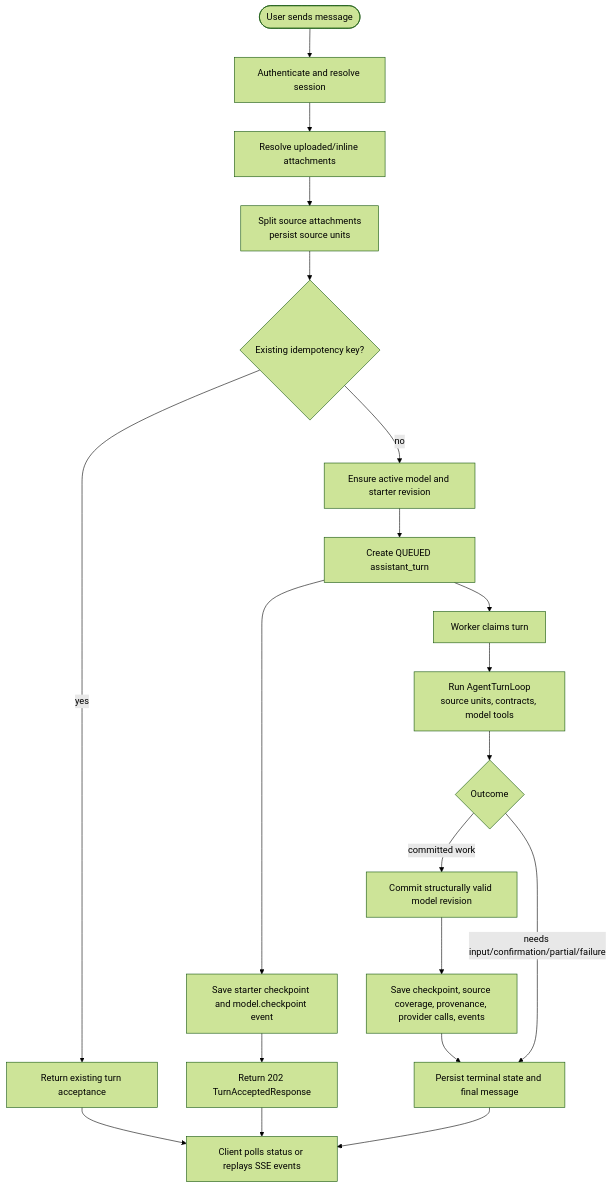
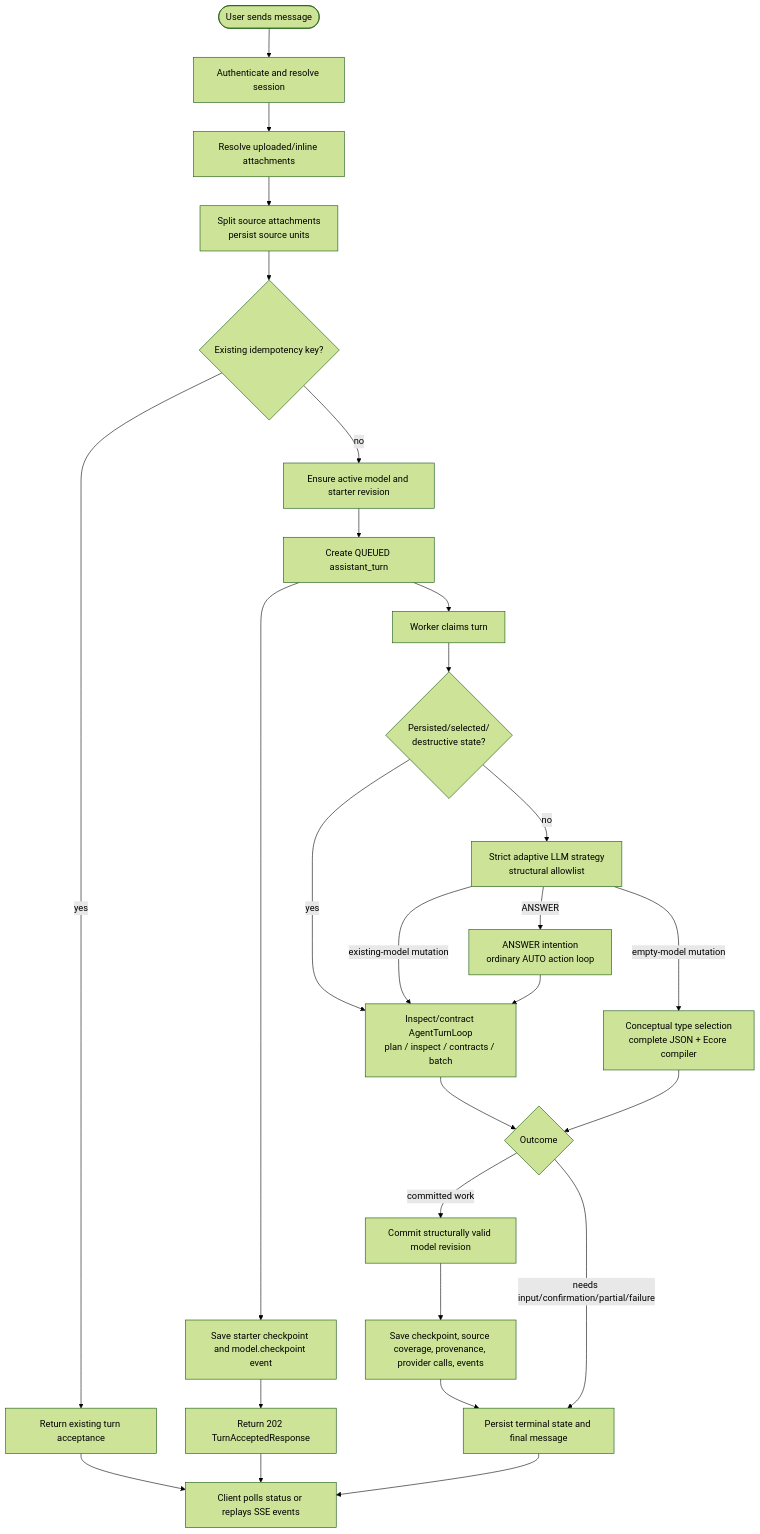
Before and after one commit to mehdieidi/modriss: the first of 4 diagrams in docs/diagrams/15-ai-assistant-turn-and-proposal.md, drawn with Mermaid (forest theme). The commit also changed 66 other files, not shown here.

````diff
--- a/docs/diagrams/15-ai-assistant-turn-and-proposal.md
+++ b/docs/diagrams/15-ai-assistant-turn-and-proposal.md
@@ -5,28 +5,37 @@
 ```mermaid
 flowchart TD
     start([User sends message])
     auth["Authenticate and resolve session"]
     attach["Resolve uploaded/inline attachments"]
     source["Split source attachments<br/>persist source units"]
     idem{"Existing idempotency key?"}
     existing["Return existing turn acceptance"]
     ensure["Ensure active model and starter revision"]
     create["Create QUEUED assistant_turn"]
     checkpoint["Save starter checkpoint and model.checkpoint event"]
     accepted["Return 202 TurnAcceptedResponse"]
     claim["Worker claims turn"]
-    run["Run AgentTurnLoop<br/>source units, contracts, model tools"]
+    durableRoute{"Persisted/selected/<br/>destructive state?"}
+    adaptive["Strict adaptive LLM strategy<br/>structural allowlist"]
+    conceptual["Conceptual type selection<br/>complete JSON + Ecore compiler"]
+    agent["Inspect/contract AgentTurnLoop<br/>plan / inspect / contracts / batch"]
+    answer["ANSWER intention<br/>ordinary AUTO action loop"]
     state{"Outcome"}
     commit["Commit structurally valid model revision"]
     saveCheckpoint["Save checkpoint, source coverage, provenance, provider calls, events"]
     terminal["Persist terminal state and final message"]
     controls["Client polls status or replays SSE events"]
 
     start --> auth --> attach --> source --> idem
     idem -- yes --> existing --> controls
     idem -- no --> ensure --> create --> checkpoint --> accepted --> controls
-    create --> claim --> run --> state
+    create --> claim --> durableRoute
+    durableRoute -- yes --> agent --> state
+    durableRoute -- no --> adaptive
+    adaptive -- empty-model mutation --> conceptual --> state
+    adaptive -- existing-model mutation --> agent
+    adaptive -- ANSWER --> answer --> agent
     state -- committed work --> commit --> saveCheckpoint --> terminal
     state -- needs input/confirmation/partial/failure --> terminal
     terminal --> controls
 ```
````
